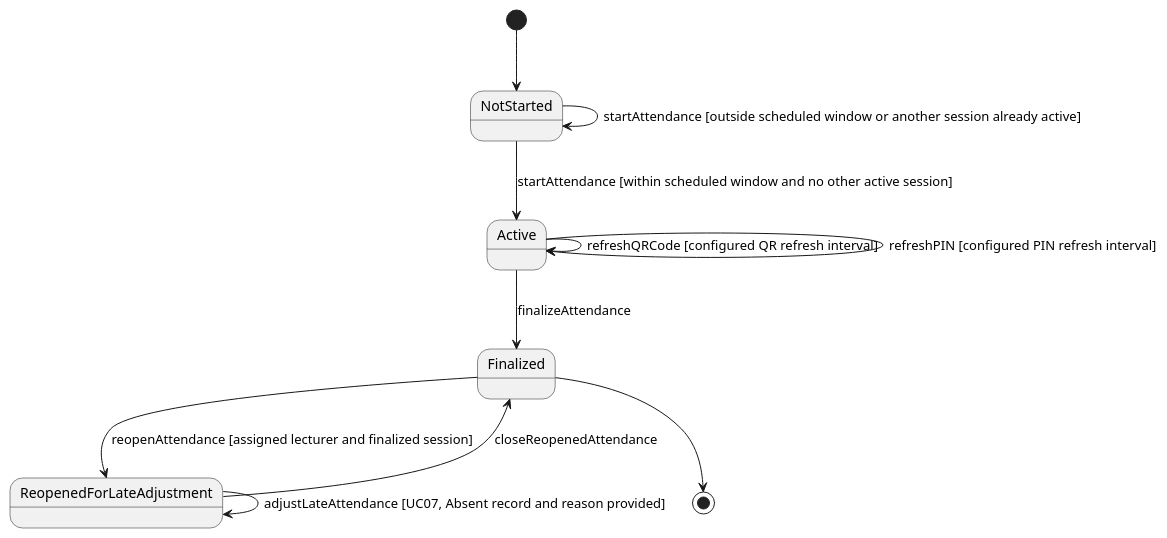
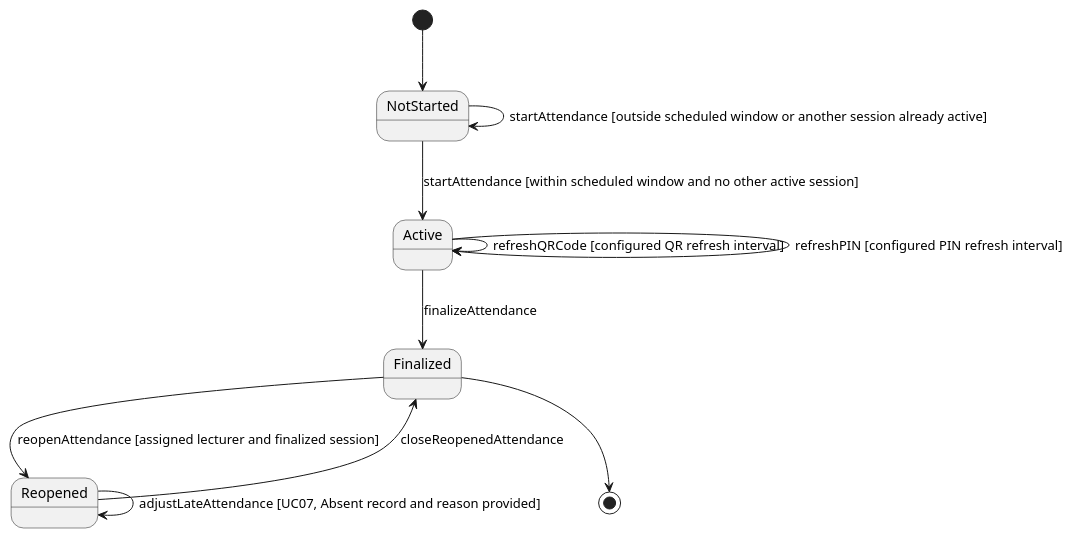
Diagram 25 of 26 in docs/rds/2_Analysis.md (nttung42/SWD392), drawn with PlantUML before and after one commit.

````diff
--- a/docs/rds/2_Analysis.md
+++ b/docs/rds/2_Analysis.md
@@ -1121,16 +1121,16 @@
 ```plantuml
 @startuml
 skinparam style strictuml
 [*] --> NotStarted
 NotStarted --> Active : startAttendance [within scheduled window and no other active session]
 NotStarted --> NotStarted : startAttendance [outside scheduled window or another session already active]
 
 Active --> Active : refreshQRCode [configured QR refresh interval]
 Active --> Active : refreshPIN [configured PIN refresh interval]
 Active --> Finalized : finalizeAttendance
-Finalized --> ReopenedForLateAdjustment : reopenAttendance [assigned lecturer and finalized session]
-ReopenedForLateAdjustment --> ReopenedForLateAdjustment : adjustLateAttendance [UC07, Absent record and reason provided]
-ReopenedForLateAdjustment --> Finalized : closeReopenedAttendance
+Finalized --> Reopened : reopenAttendance [assigned lecturer and finalized session]
+Reopened --> Reopened : adjustLateAttendance [UC07, Absent record and reason provided]
+Reopened --> Finalized : closeReopenedAttendance
 Finalized --> [*]
 @enduml
 ```
````
